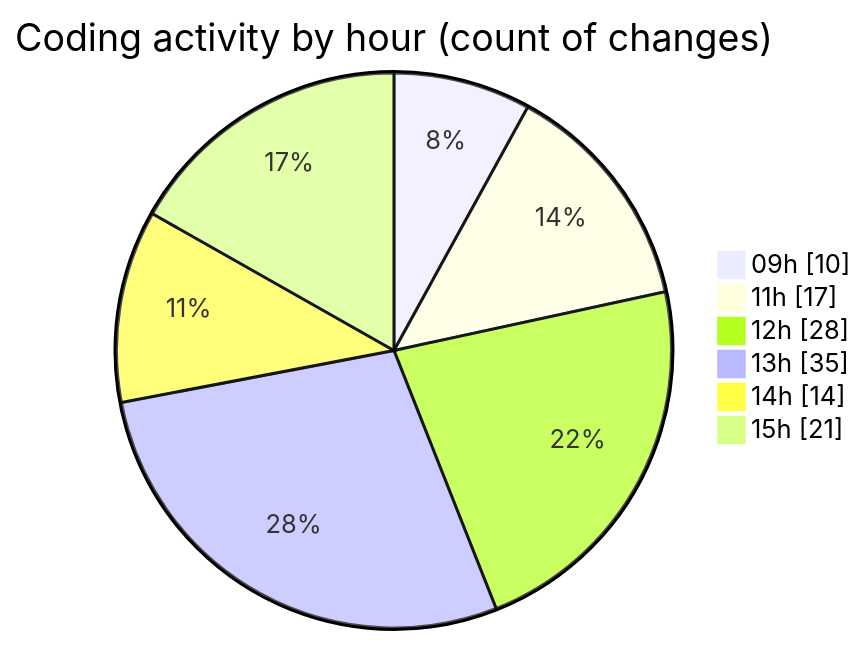
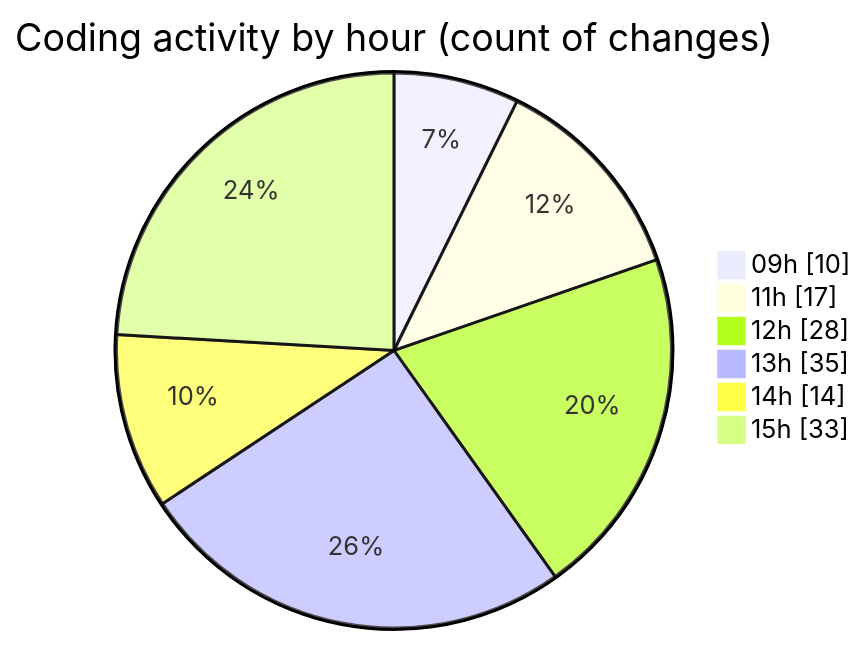
One commit to momahboobian/code-tracking changed the second of 2 diagrams in 2026-05-07/cda/README.md. Above: the diagram before and after it, drawn with Mermaid. The commit also changed other lines of this file and 1 other file, not shown here.

````diff
--- a/2026-05-07/cda/README.md
+++ b/2026-05-07/cda/README.md
@@ -53,10 +56,10 @@
 ```mermaid
 pie showData
 title Coding activity by hour (count of changes)
 "09h" : 10
 "11h" : 17
 "12h" : 28
 "13h" : 35
 "14h" : 14
-"15h" : 21
+"15h" : 33
 ```
````
